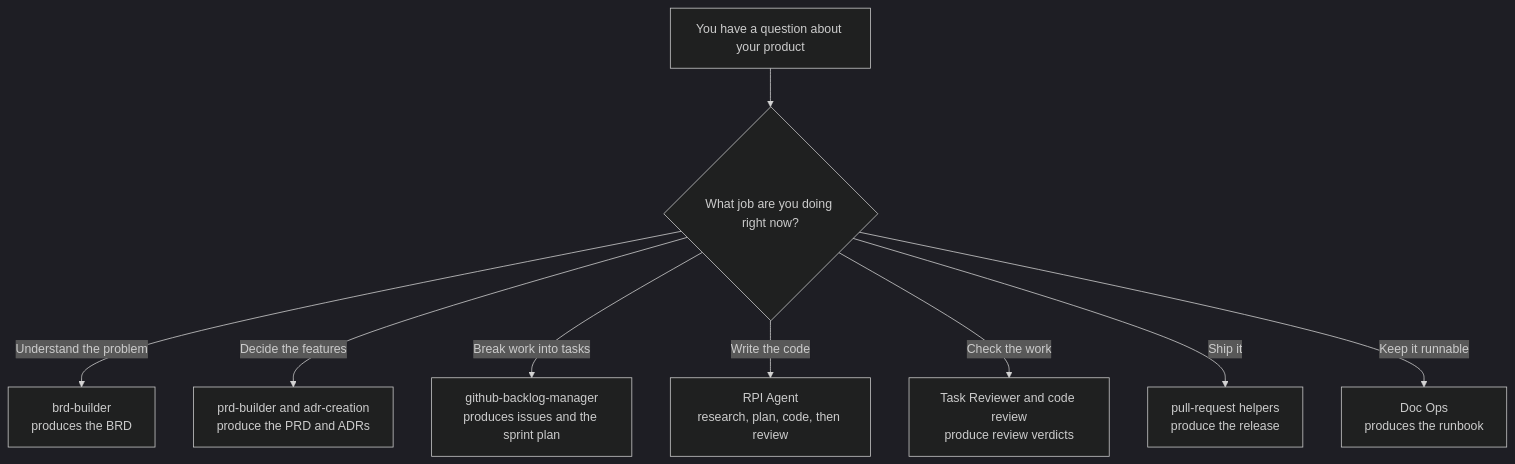
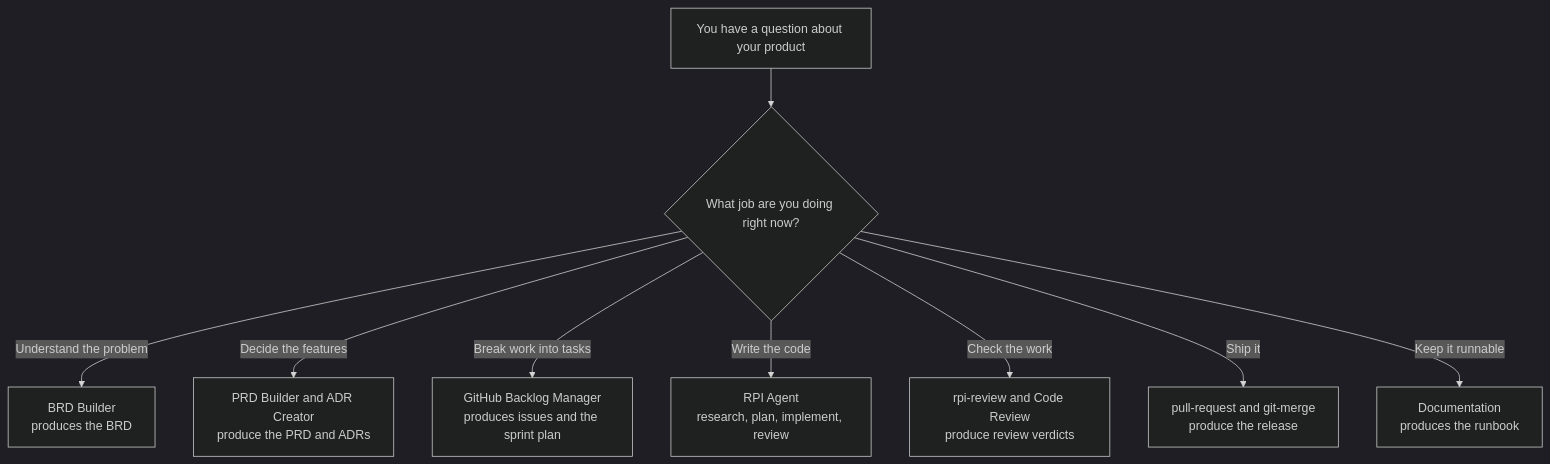
The diagram in README.md (AbhranilGit/HVE-Core-Course), drawn with Mermaid (dark theme) before and after one commit. The commit also changed other lines of this file and 41 other files, not shown here.

````diff
--- a/README.md
+++ b/README.md
@@ -132,11 +192,11 @@
 ```mermaid
 flowchart TB
     Q["You have a question about your product"] --> ST{"What job are you doing right now?"}
-    ST -->|Understand the problem| F2["brd-builder<br/>produces the BRD"]
-    ST -->|Decide the features| F3["prd-builder and adr-creation<br/>produce the PRD and ADRs"]
-    ST -->|Break work into tasks| F45["github-backlog-manager<br/>produces issues and the sprint plan"]
-    ST -->|Write the code| F6["RPI Agent<br/>research, plan, code, then review"]
-    ST -->|Check the work| F7["Task Reviewer and code review<br/>produce review verdicts"]
-    ST -->|Ship it| F8["pull-request helpers<br/>produce the release"]
-    ST -->|Keep it runnable| F9["Doc Ops<br/>produces the runbook"]
+    ST -->|Understand the problem| F2["BRD Builder<br/>produces the BRD"]
+    ST -->|Decide the features| F3["PRD Builder and ADR Creator<br/>produce the PRD and ADRs"]
+    ST -->|Break work into tasks| F45["GitHub Backlog Manager<br/>produces issues and the sprint plan"]
+    ST -->|Write the code| F6["RPI Agent<br/>research, plan, implement, review"]
+    ST -->|Check the work| F7["rpi-review and Code Review<br/>produce review verdicts"]
+    ST -->|Ship it| F8["pull-request and git-merge<br/>produce the release"]
+    ST -->|Keep it runnable| F9["Documentation<br/>produces the runbook"]
 ```
````
